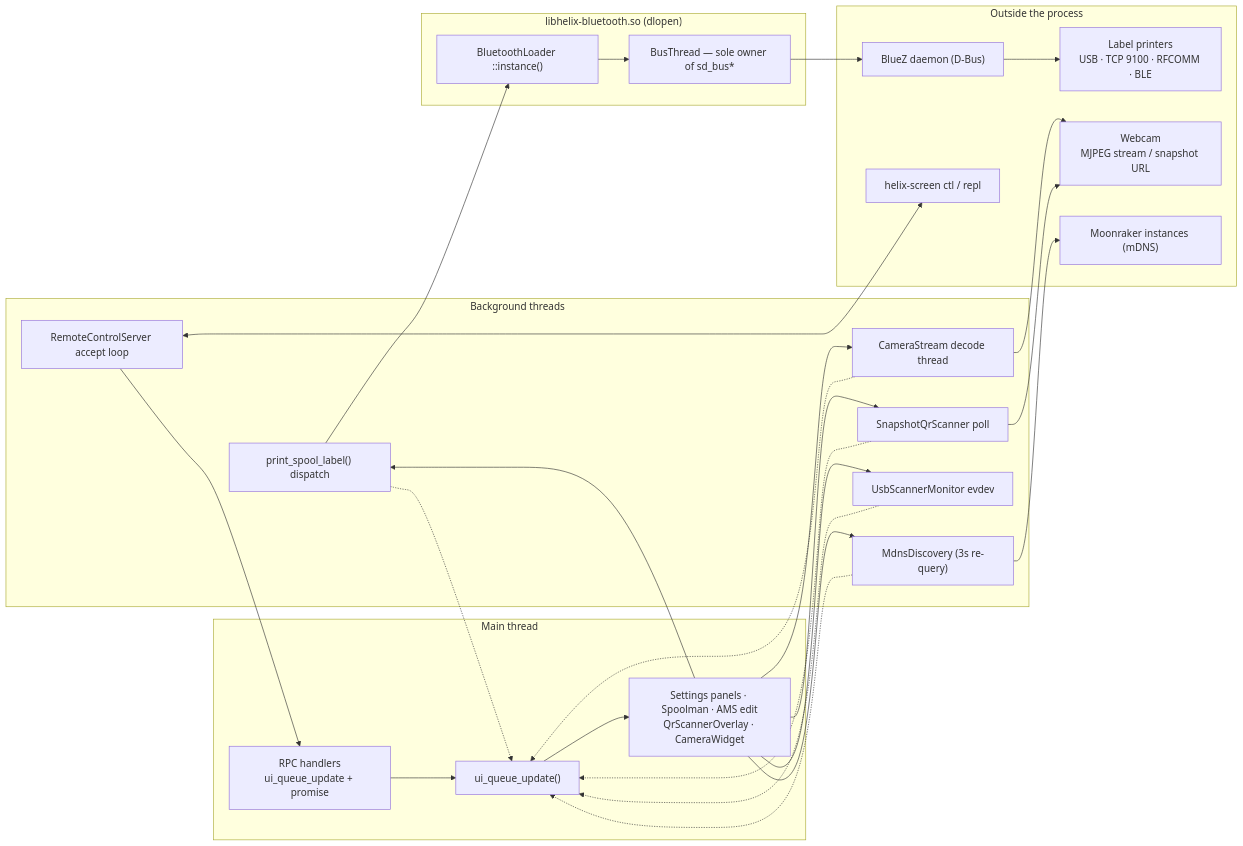
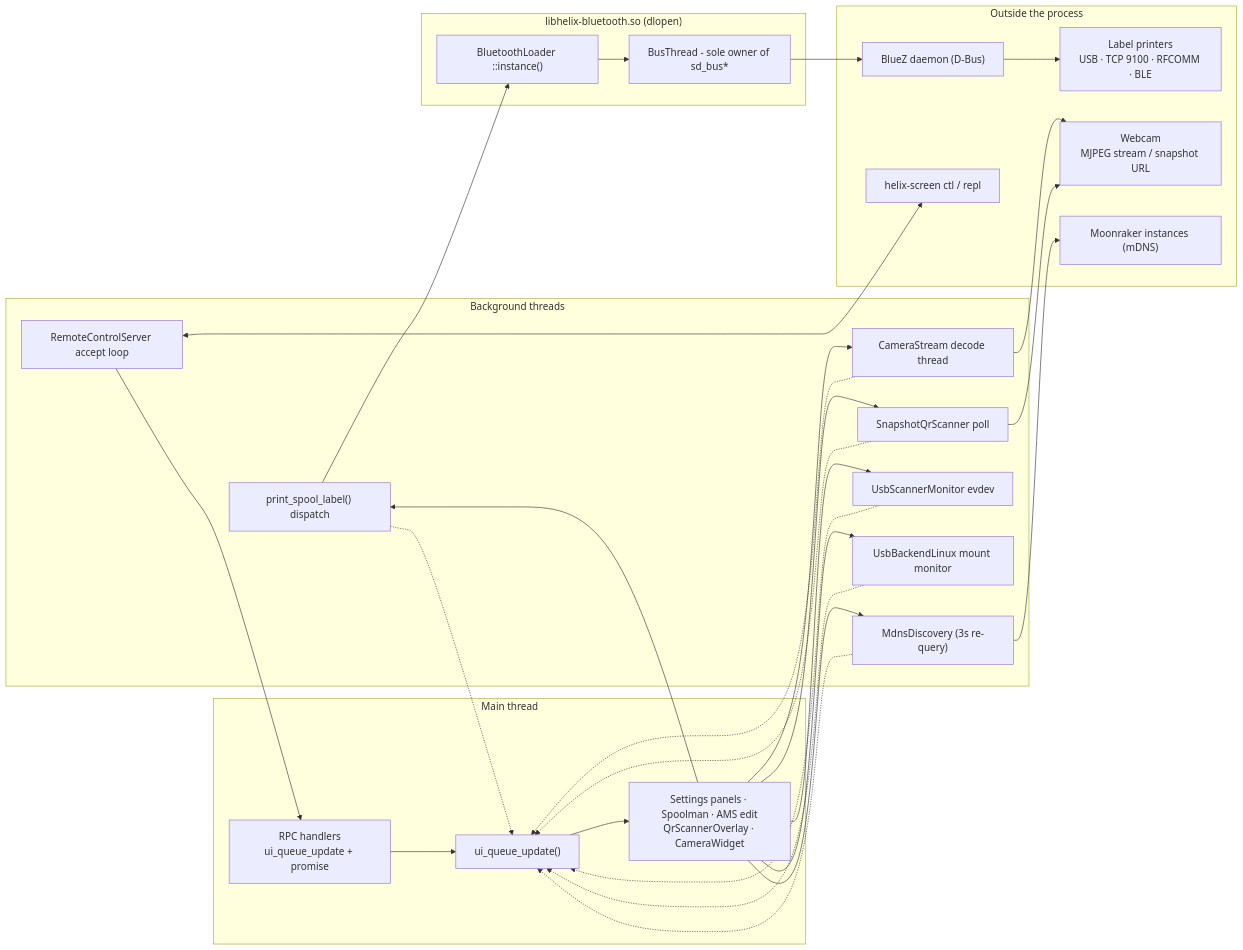
Before and after one commit to jrlomas/helixscreen: the diagram in docs/devel/architecture/13-peripherals.md, drawn with Mermaid. The commit also changed other lines of this file and 90 other files, not shown here.

First line of the commit message:
docs(devel): refresh the architecture guide against the code, add an ESP32 firmware chapter, move printer-specific docs under printers/ and printer-research/, retire shipped plans

````diff
--- a/docs/devel/architecture/13-peripherals.md
+++ b/docs/devel/architecture/13-peripherals.md
@@ -12,43 +12,46 @@
 ```mermaid
 flowchart LR
     subgraph ext["Outside the process"]
         BLUEZ["BlueZ daemon (D-Bus)"]
         PRN["Label printers<br/>USB · TCP 9100 · RFCOMM · BLE"]
         CAM["Webcam<br/>MJPEG stream / snapshot URL"]
         MRK["Moonraker instances (mDNS)"]
         CLI["helix-screen ctl / repl"]
     end
 
     subgraph bt["libhelix-bluetooth.so (dlopen)"]
         LOAD["BluetoothLoader ::instance()"]
-        BUS["BusThread — sole owner of sd_bus*"]
+        BUS["BusThread - sole owner of sd_bus*"]
     end
 
     subgraph bg["Background threads"]
         LP["print_spool_label() dispatch"]
         CS["CameraStream decode thread"]
         SNAP["SnapshotQrScanner poll"]
         USB["UsbScannerMonitor evdev"]
+        UDRV["UsbBackendLinux mount monitor"]
         MDNS["MdnsDiscovery (3s re-query)"]
         SRV["RemoteControlServer accept loop"]
     end
 
     subgraph main["Main thread"]
         W["Settings panels · Spoolman · AMS edit<br/>QrScannerOverlay · CameraWidget"]
         DISP["RPC handlers<br/>ui_queue_update + promise"]
         UQ["ui_queue_update()"]
     end
 
     W --> LP --> LOAD --> BUS --> BLUEZ --> PRN
     W --> CS --> CAM
     W --> SNAP --> CAM
     W --> USB
+    W --> UDRV
     W --> MDNS --> MRK
     SRV <--> CLI
     SRV --> DISP --> UQ --> W
     LP -.-> UQ
     CS -.-> UQ
     SNAP -.-> UQ
     USB -.-> UQ
+    UDRV -.-> UQ
     MDNS -.-> UQ
 ```
````
